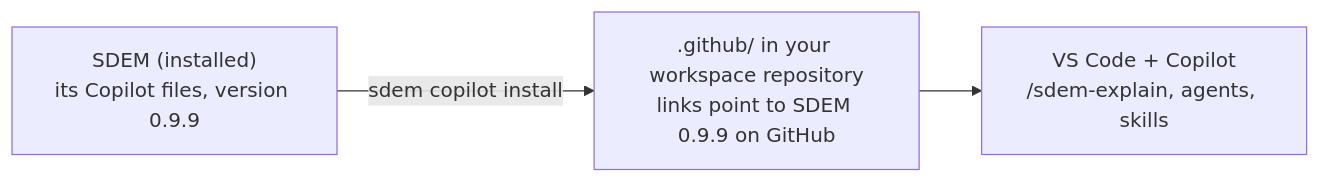
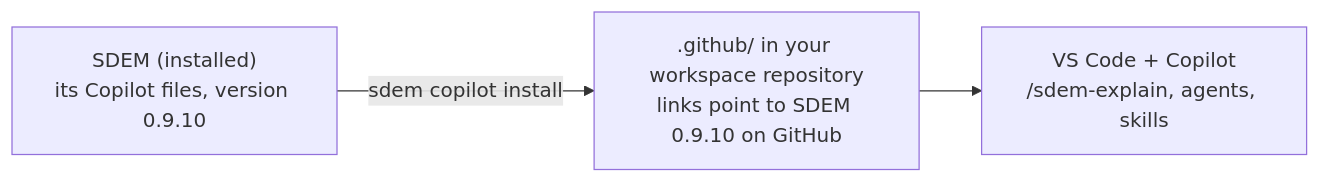
One commit to taumoeps/bian-sdem-framework changed the diagram in docs/design/sdem-copilot-install-design.md. Above: the diagram before and after it, drawn with Mermaid. The commit also changed 22 other files, not shown here.

````diff
--- a/docs/design/sdem-copilot-install-design.md
+++ b/docs/design/sdem-copilot-install-design.md
@@ -18,5 +18,5 @@
 ```mermaid
 flowchart LR
-    S["SDEM (installed)<br/>its Copilot files, version 0.9.9"] -- "sdem copilot install" --> E[".github/ in your workspace repository<br/>links point to SDEM 0.9.9 on GitHub"]
+    S["SDEM (installed)<br/>its Copilot files, version 0.9.10"] -- "sdem copilot install" --> E[".github/ in your workspace repository<br/>links point to SDEM 0.9.10 on GitHub"]
     E --> V["VS Code + Copilot<br/>/sdem-explain, agents, skills"]
 ```
````
